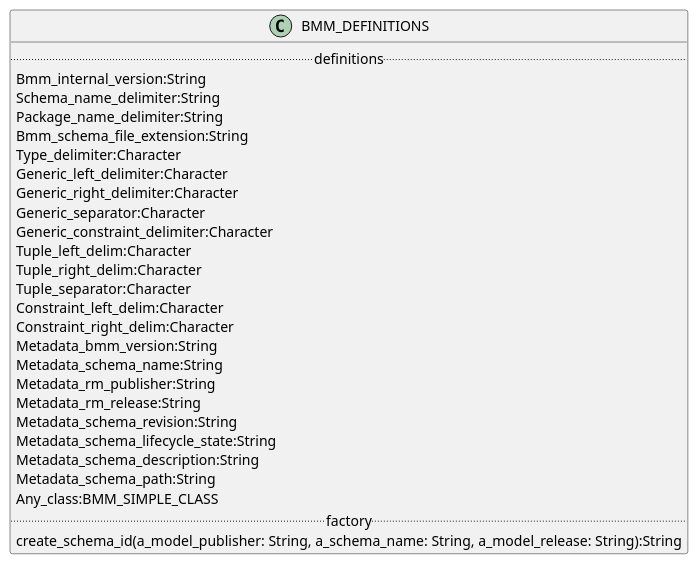
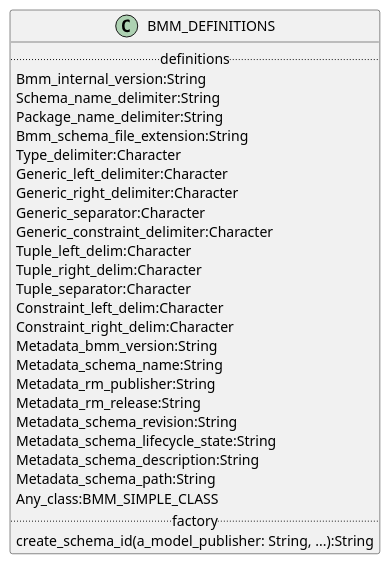
One commit to wolandscat/openehr-doc changed the diagram in modules/ROOT/examples/bmm/languages/bmm/definitions/definitions-package-uml.adoc. Above: the diagram before and after it, drawn with PlantUML. The commit also changed 26 other files, not shown here.

```diff
--- a/modules/ROOT/examples/bmm/languages/bmm/definitions/definitions-package-uml.adoc
+++ b/modules/ROOT/examples/bmm/languages/bmm/definitions/definitions-package-uml.adoc
@@ -3,37 +3,37 @@
 [plantuml,opts=interactive,link=self]
 ....
 skinparam groupInheritance 2
 skinparam citedClassColor #FDFDFD
 
 
 class BMM_DEFINITIONS [[/openehr-doc/latest/languages/bmm-gen.html#_class_bmm_definitions]] {
         .. definitions ..
         Bmm_internal_version:String
         Schema_name_delimiter:String
         Package_name_delimiter:String
         Bmm_schema_file_extension:String
         Type_delimiter:Character
         Generic_left_delimiter:Character
         Generic_right_delimiter:Character
         Generic_separator:Character
         Generic_constraint_delimiter:Character
         Tuple_left_delim:Character
         Tuple_right_delim:Character
         Tuple_separator:Character
         Constraint_left_delim:Character
         Constraint_right_delim:Character
         Metadata_bmm_version:String
         Metadata_schema_name:String
         Metadata_rm_publisher:String
         Metadata_rm_release:String
         Metadata_schema_revision:String
         Metadata_schema_lifecycle_state:String
         Metadata_schema_description:String
         Metadata_schema_path:String
         Any_class:BMM_SIMPLE_CLASS
         .. factory ..
-        create_schema_id(a_model_publisher: String, a_schema_name: String, a_model_release: String):String
+        create_schema_id(a_model_publisher: String, ...):String
 }
 
 
 ....
```
